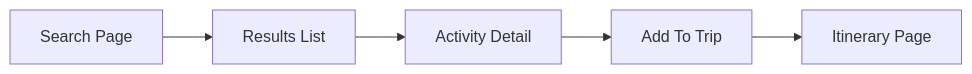
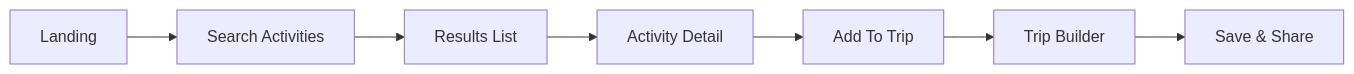
Before and after one commit to Yugenjr/OdooxKAHE: the diagram in docs/frontend.md, drawn with Mermaid. The commit also changed other lines of this file and 4 other files, not shown here.

````diff
--- a/docs/frontend.md
+++ b/docs/frontend.md
@@ -13,7 +14,9 @@
 ```mermaid
 flowchart LR
-  Search[Search Page] --> Results[Results List]
+  Home[Landing] --> Search[Search Activities]
+  Search --> Results[Results List]
   Results --> Detail[Activity Detail]
   Detail --> Add[Add To Trip]
-  Add --> Itinerary[Itinerary Page]
+  Add --> Builder[Trip Builder]
+  Builder --> Save[Save & Share]
 ```
````
